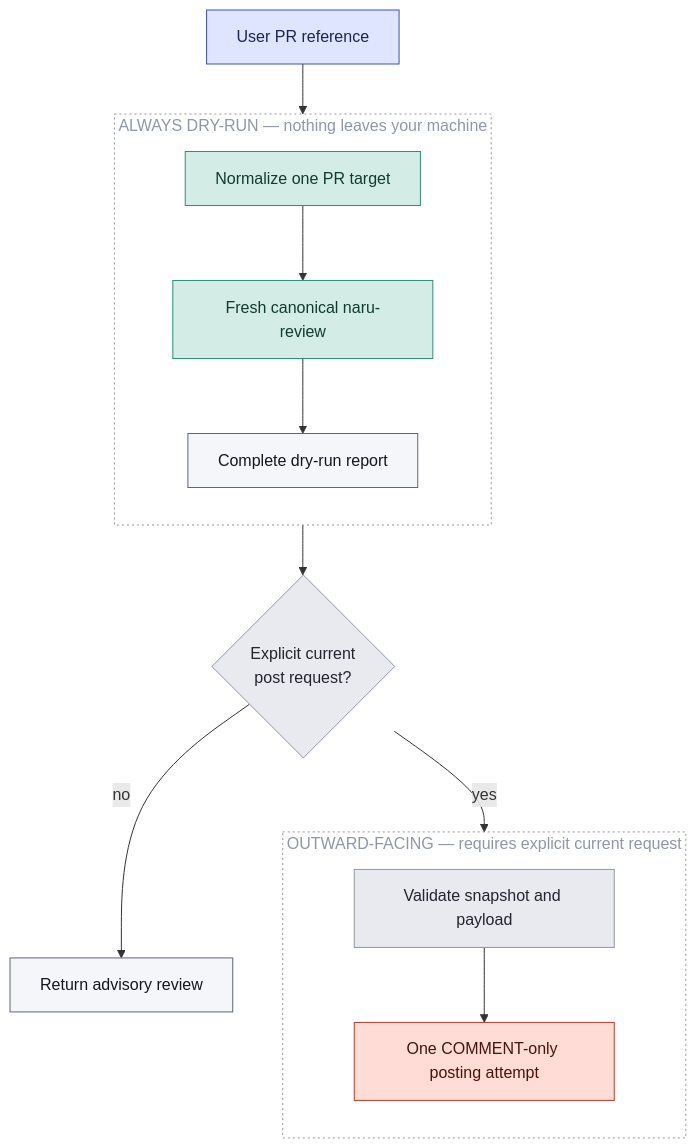
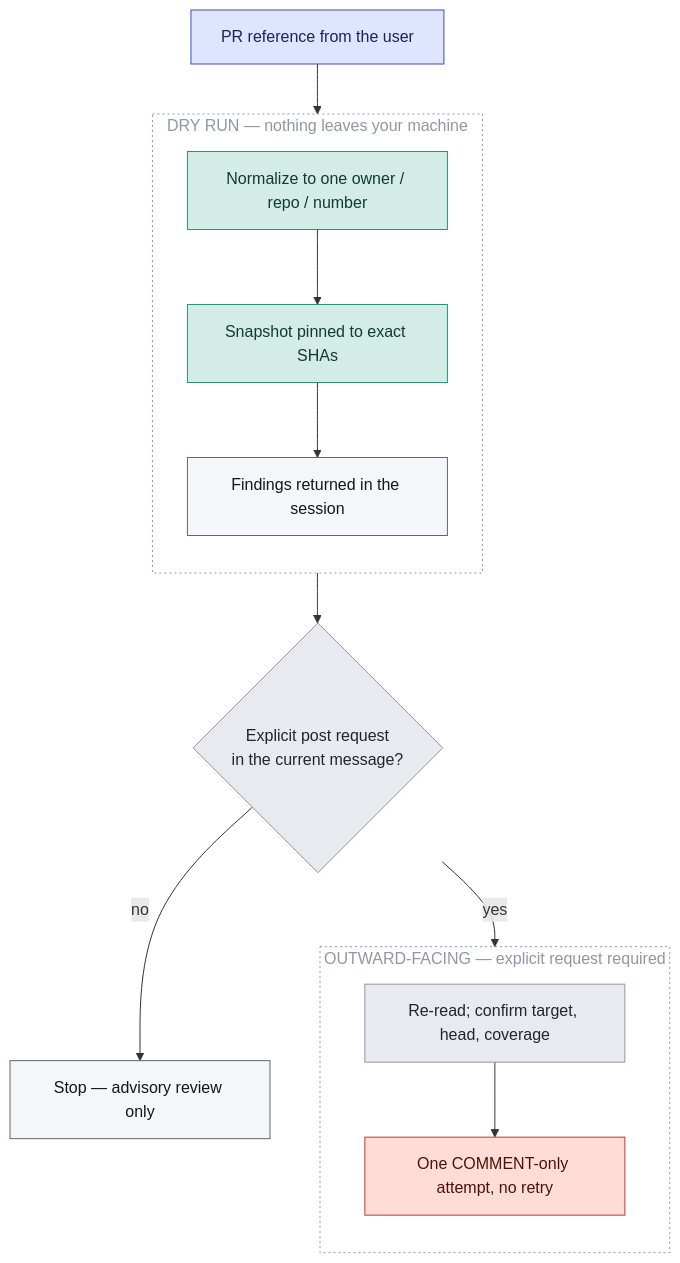
Before and after one commit to sean35mm/naru-opencode: the diagram in docs/src/content/docs/workflows/review-lane.md, drawn with Mermaid. The commit also changed other lines of this file and 24 other files, not shown here.

First line of the commit message:
docs: rewrite documentation for the v-next architecture

````diff
--- a/docs/src/content/docs/workflows/review-lane.md
+++ b/docs/src/content/docs/workflows/review-lane.md
@@ -8,33 +8,33 @@
 ```mermaid
 flowchart TB
-  A["User PR reference"]:::entry
+  A["PR reference from the user"]:::entry
 
-  subgraph dry["ALWAYS DRY-RUN — nothing leaves your machine"]
+  subgraph dry["DRY RUN — nothing leaves your machine"]
     direction TB
-    B["Normalize one PR target"]:::read
-    C["Fresh canonical naru-review"]:::read
-    D["Complete dry-run report"]:::artifact
+    B["Normalize to one owner / repo / number"]:::read
+    C["Snapshot pinned to exact SHAs"]:::read
+    D["Findings returned in the session"]:::result
   end
 
-  E{"Explicit current<br/>post request?"}:::gate
-  F["Return advisory review"]:::artifact
+  E{"Explicit post request<br/>in the current message?"}:::check
+  F["Stop — advisory review only"]:::result
 
-  subgraph post["OUTWARD-FACING — requires explicit current request"]
+  subgraph post["OUTWARD-FACING — explicit request required"]
     direction TB
-    G["Validate snapshot and payload"]:::gate
-    H["One COMMENT-only posting attempt"]:::danger
+    G["Re-read; confirm target, head, coverage"]:::check
+    H["One COMMENT-only attempt, no retry"]:::danger
   end
 
   A --> B --> C --> D --> E
   E -->|no| F
   E -->|yes| G --> H
 
   style dry fill:none,stroke:#8f96a5,stroke-dasharray:2 3,color:#8f96a5
   style post fill:none,stroke:#8f96a5,stroke-dasharray:2 3,color:#8f96a5
 
   classDef entry fill:#dfe4ff,stroke:#3f4fbe,color:#1b2456
   classDef read fill:#d3ece5,stroke:#2f8f78,color:#123a31
-  classDef gate fill:#e8eaf0,stroke:#8f96a5,color:#22252e
+  classDef check fill:#e8eaf0,stroke:#8f96a5,color:#22252e
   classDef danger fill:#ffdcd6,stroke:#c0392b,color:#4a120c
-  classDef artifact fill:#f5f6fa,stroke:#5f6675,color:#14161d
+  classDef result fill:#f5f6fa,stroke:#5f6675,color:#14161d
 ```
````
